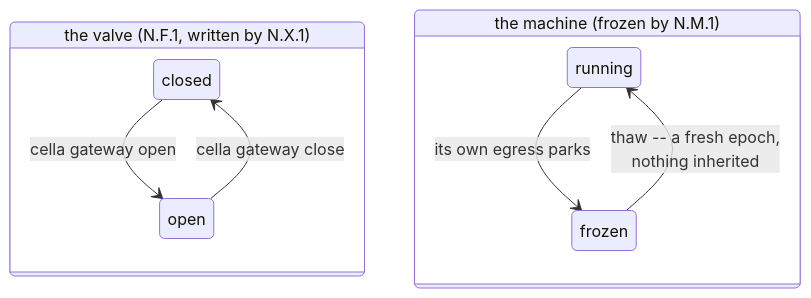
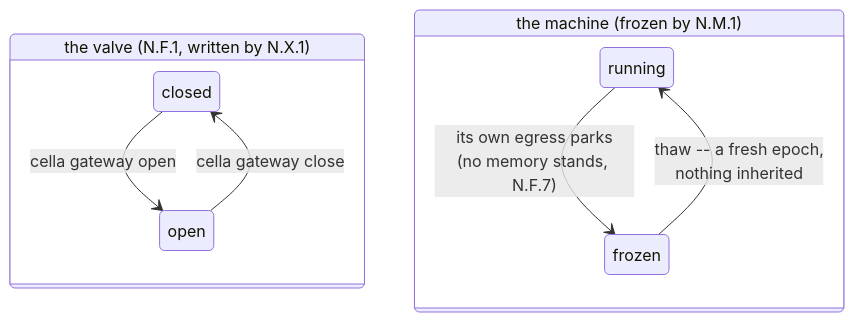
The fifth of 8 diagrams in docs/NETWORK-MODEL.md (omne-earth/cella), drawn with Mermaid before and after one commit. The commit also changed other lines of this file and 7 other files, not shown here.

````diff
--- a/docs/NETWORK-MODEL.md
+++ b/docs/NETWORK-MODEL.md
@@ -162,11 +167,11 @@
 ```mermaid
 stateDiagram-v2
     state "the valve (N.F.1, written by N.X.1)" as V {
         closed --> open: cella gateway open
         open --> closed: cella gateway close
     }
     state "the machine (frozen by N.M.1)" as A {
-        running --> frozen: its own egress parks
+        running --> frozen: its own egress parks<br/>(no memory stands, N.F.7)
         frozen --> running: thaw -- a fresh epoch,<br/>nothing inherited
     }
 ```
````
